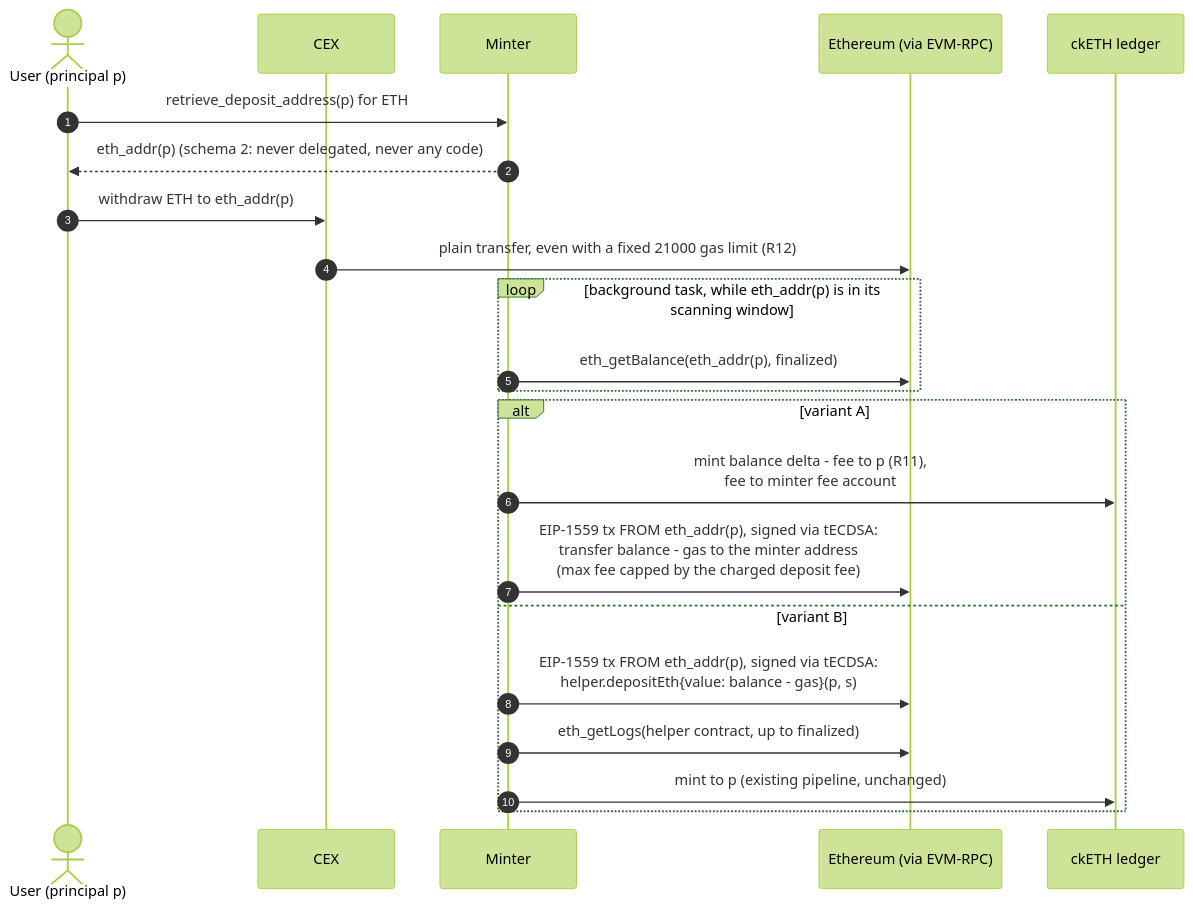
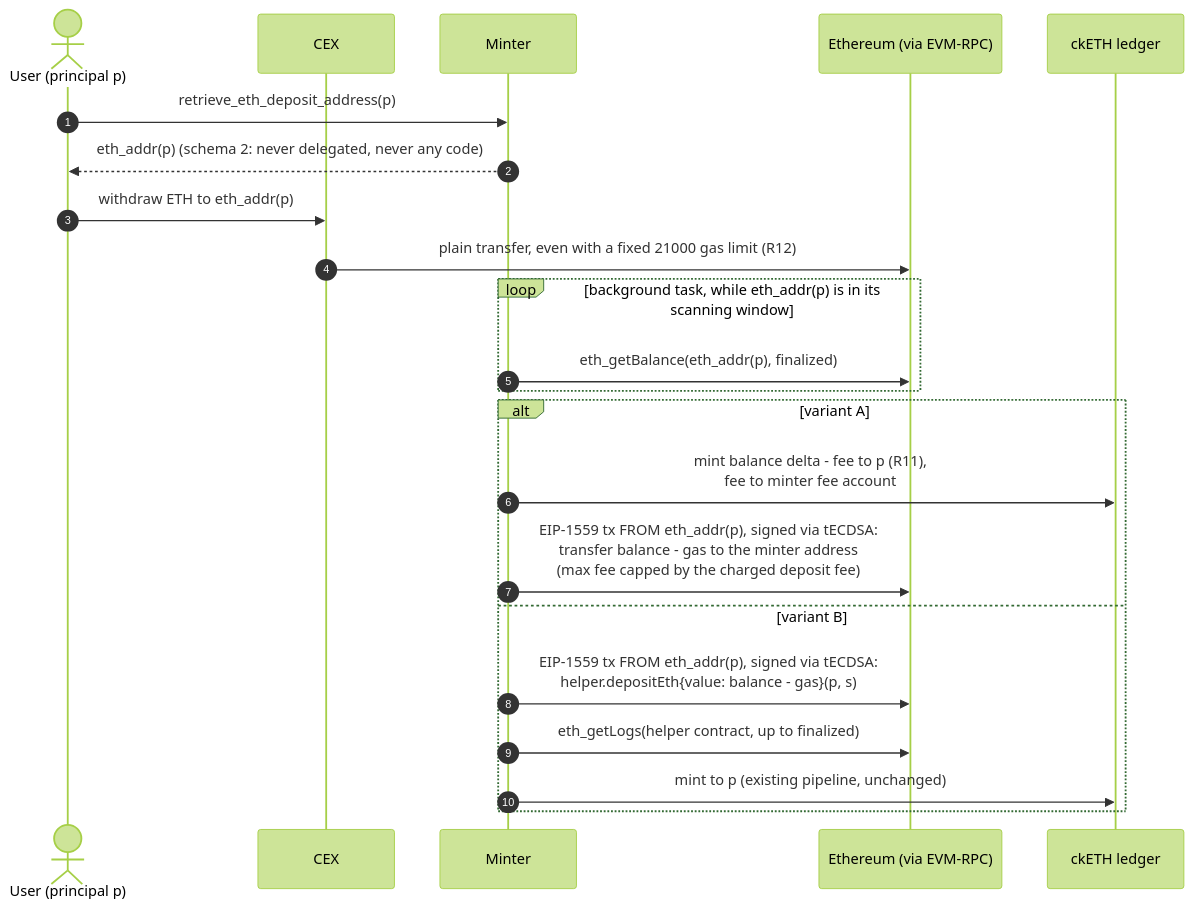
One commit to dfinity/ic changed the third of 3 diagrams in rs/ethereum/cketh/docs/deposit_from_cex.md. Above: the diagram before and after it, drawn with Mermaid (forest theme). The commit also changed other lines of this file, not shown here.

First line of the commit message:
docs: ERC-20-specific endpoint retrieve_erc20_deposit_address

````diff
--- a/rs/ethereum/cketh/docs/deposit_from_cex.md
+++ b/rs/ethereum/cketh/docs/deposit_from_cex.md
@@ -281,25 +281,25 @@
 ```mermaid
 sequenceDiagram
     autonumber
     actor User as User (principal p)
     participant CEX
     participant Minter
     participant Eth as Ethereum (via EVM-RPC)
     participant CkEthLedger as ckETH ledger
 
-    User->>Minter: retrieve_deposit_address(p) for ETH
+    User->>Minter: retrieve_eth_deposit_address(p)
     Minter-->>User: eth_addr(p) (schema 2: never delegated, never any code)
     User->>CEX: withdraw ETH to eth_addr(p)
     CEX->>Eth: plain transfer, even with a fixed 21000 gas limit (R12)
     loop background task, while eth_addr(p) is in its scanning window
         Minter->>Eth: eth_getBalance(eth_addr(p), finalized)
     end
     alt variant A
         Minter->>CkEthLedger: mint balance delta - fee to p (R11),<br/>fee to minter fee account
         Minter->>Eth: EIP-1559 tx FROM eth_addr(p), signed via tECDSA:<br/>transfer balance - gas to the minter address<br/>(max fee capped by the charged deposit fee)
     else variant B
         Minter->>Eth: EIP-1559 tx FROM eth_addr(p), signed via tECDSA:<br/>helper.depositEth{value: balance - gas}(p, s)
         Minter->>Eth: eth_getLogs(helper contract, up to finalized)
         Minter->>CkEthLedger: mint to p (existing pipeline, unchanged)
     end
 ```
````
